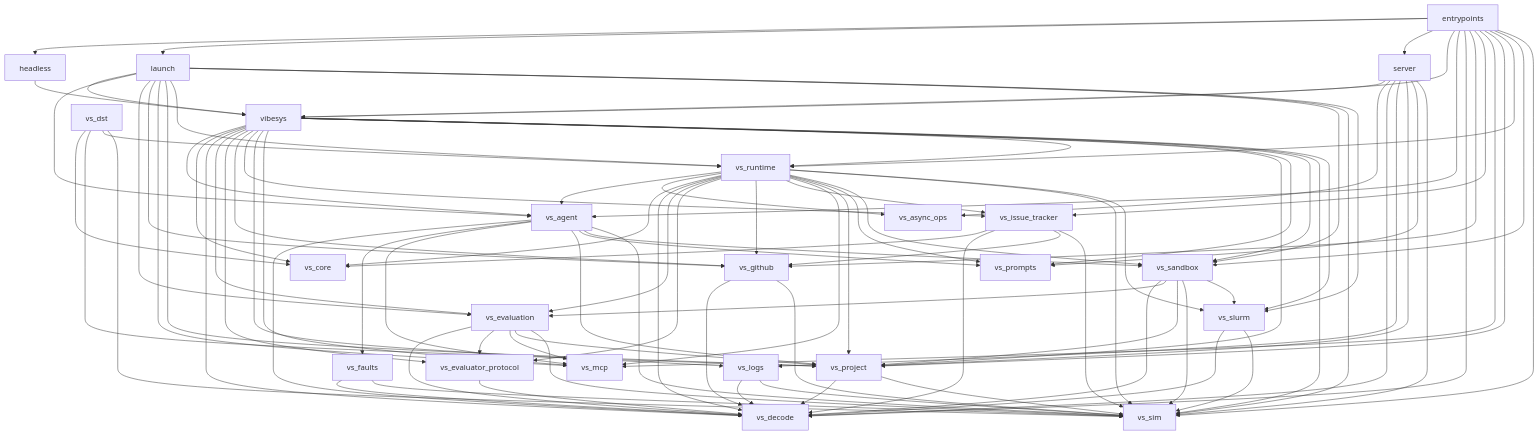
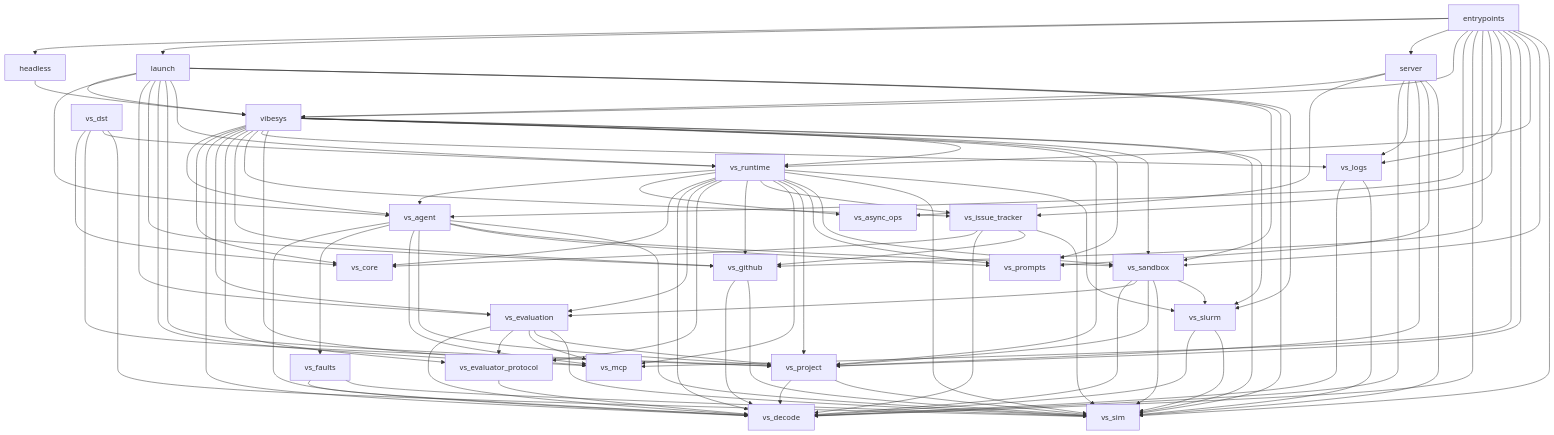
One commit to 6Mikao9/vibesys changed the diagram in docs/contributing/architecture.md. Above: the diagram before and after it, drawn with Mermaid. The commit also changed 15 other files, not shown here.

```diff
--- a/docs/contributing/architecture.md
+++ b/docs/contributing/architecture.md
@@ -140,6 +140,7 @@
     entrypoints --> vs_decode
     entrypoints --> vs_github
     entrypoints --> vs_issue_tracker
+    entrypoints --> vs_logs
     entrypoints --> vs_mcp
     entrypoints --> vs_project
     entrypoints --> vs_runtime
```
